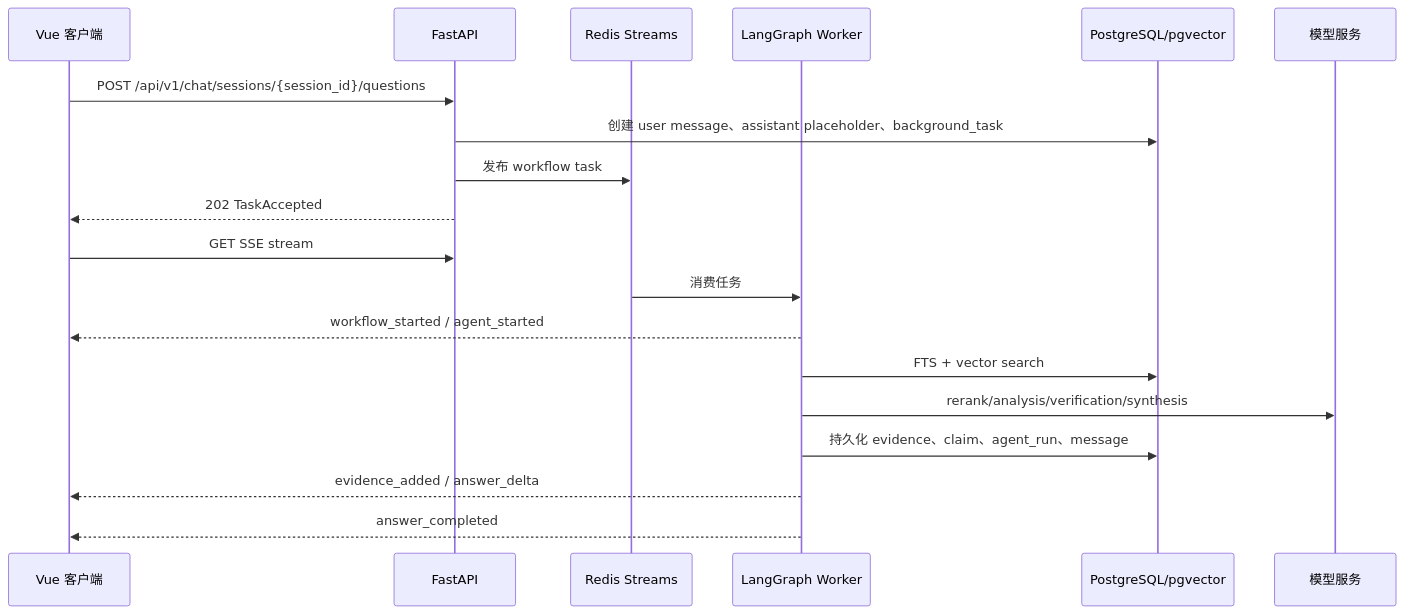
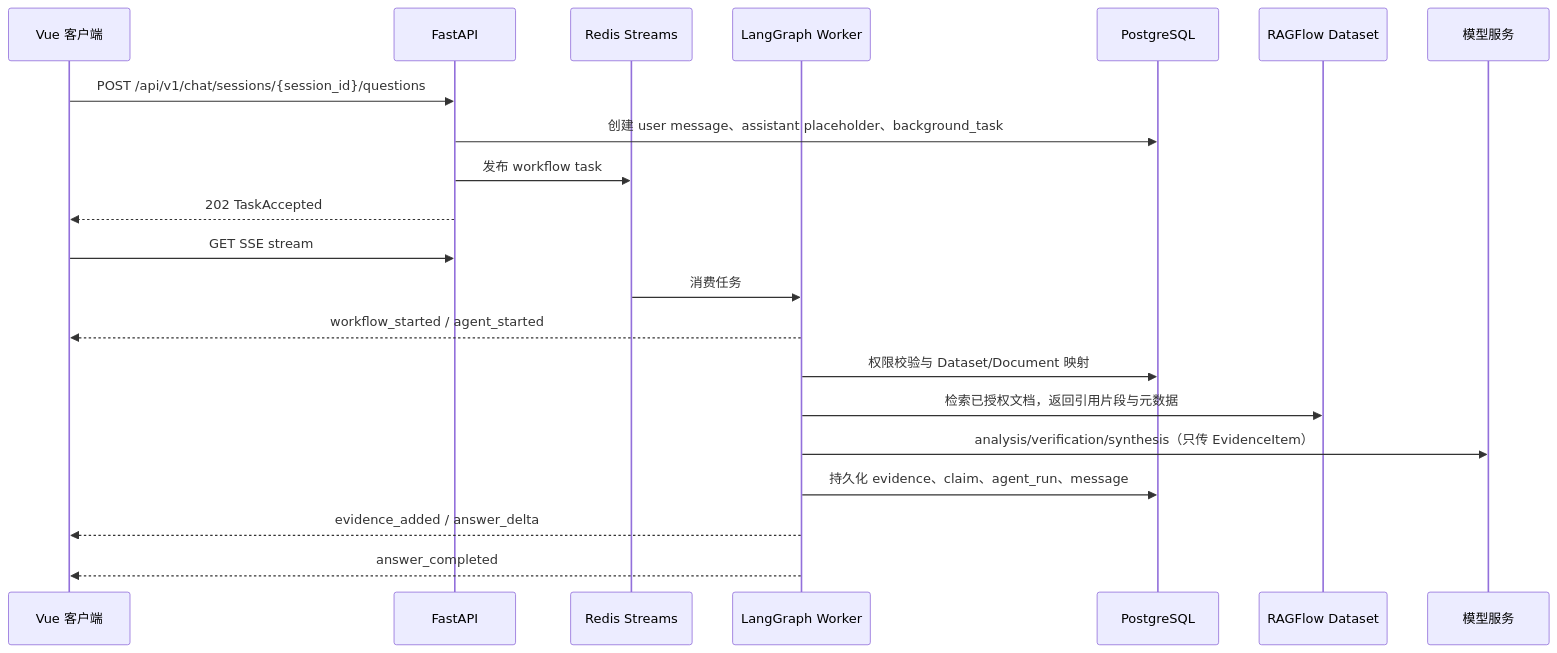
Before and after one commit to szy2334/ragflow-course-project: the fifth of 11 diagrams in 科研论文智能阅读系统_完整项目设计文档.md, drawn with Mermaid. The commit also changed other lines of this file, not shown here.

Commit message:
docs: adopt MinerU and RAGFlow pipeline

```diff
--- a/科研论文智能阅读系统_完整项目设计文档.md
+++ b/科研论文智能阅读系统_完整项目设计文档.md
@@ -723,21 +703,23 @@
 ~~~mermaid
 sequenceDiagram
     participant UI as Vue 客户端
     participant API as FastAPI
     participant Q as Redis Streams
     participant LG as LangGraph Worker
-    participant DB as PostgreSQL/pgvector
+    participant DB as PostgreSQL
+    participant RF as RAGFlow Dataset
     participant LLM as 模型服务
     UI->>API: POST /api/v1/chat/sessions/{session_id}/questions
     API->>DB: 创建 user message、assistant placeholder、background_task
     API->>Q: 发布 workflow task
     API-->>UI: 202 TaskAccepted
     UI->>API: GET SSE stream
     Q->>LG: 消费任务
     LG-->>UI: workflow_started / agent_started
-    LG->>DB: FTS + vector search
-    LG->>LLM: rerank/analysis/verification/synthesis
+    LG->>DB: 权限校验与 Dataset/Document 映射
+    LG->>RF: 检索已授权文档，返回引用片段与元数据
+    LG->>LLM: analysis/verification/synthesis（只传 EvidenceItem）
     LG->>DB: 持久化 evidence、claim、agent_run、message
     LG-->>UI: evidence_added / answer_delta
     LG-->>UI: answer_completed
 ~~~
```
